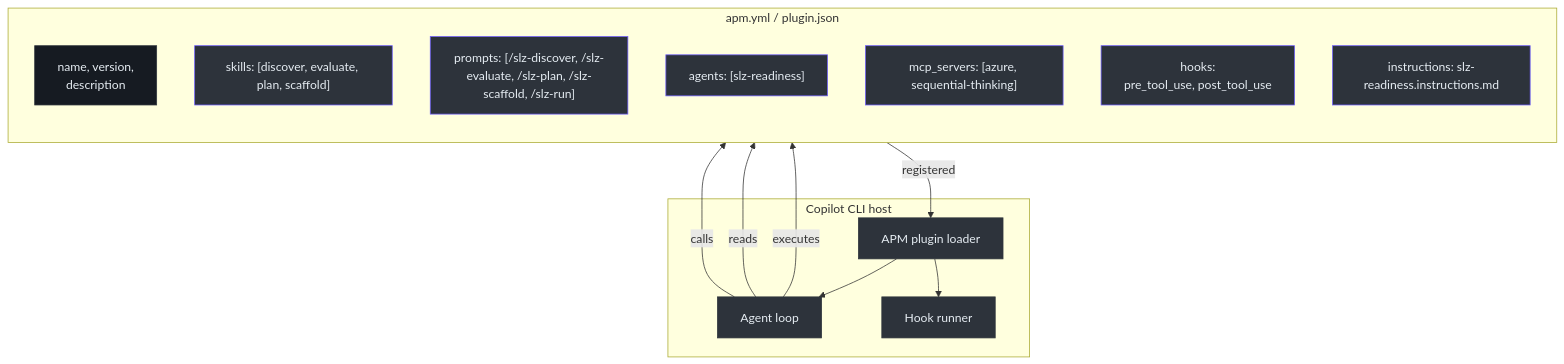
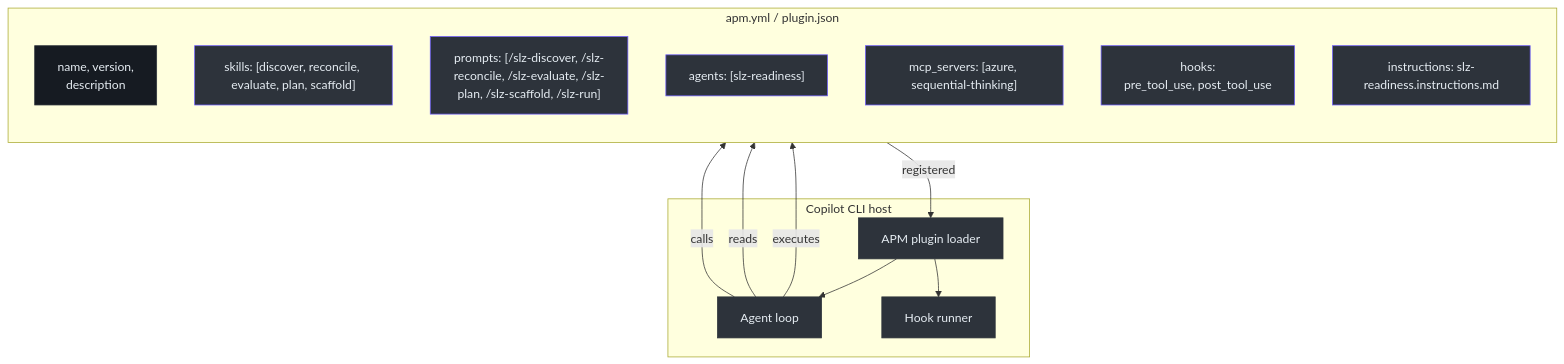
One commit to msucharda/slz-readiness changed the first of 2 diagrams in wiki/docs/deep-dive/plugin-mechanics.md. Above: the diagram before and after it, drawn with Mermaid. The commit also changed other lines of this file and 39 other files, not shown here.

````diff
--- a/wiki/docs/deep-dive/plugin-mechanics.md
+++ b/wiki/docs/deep-dive/plugin-mechanics.md
@@ -17,31 +17,31 @@
 ```mermaid
 flowchart TB
     subgraph Copilot["Copilot CLI host"]
         Loader["APM plugin loader"]:::host
         Agent["Agent loop"]:::host
         HookRunner["Hook runner"]:::host
     end
 
     subgraph Apm["apm.yml / plugin.json"]
         direction TB
         Meta["name, version,<br>description"]:::meta
-        Skills["skills: [discover, evaluate, plan, scaffold]"]:::reg
-        Prompts["prompts: [/slz-discover, /slz-evaluate, /slz-plan, /slz-scaffold, /slz-run]"]:::reg
+        Skills["skills: [discover, reconcile, evaluate, plan, scaffold]"]:::reg
+        Prompts["prompts: [/slz-discover, /slz-reconcile, /slz-evaluate, /slz-plan, /slz-scaffold, /slz-run]"]:::reg
         Agents["agents: [slz-readiness]"]:::reg
         Mcp["mcp_servers: [azure, sequential-thinking]"]:::reg
         HooksReg["hooks:<br>pre_tool_use, post_tool_use"]:::reg
         Instr["instructions: slz-readiness.instructions.md"]:::reg
     end
 
     Apm -- "registered" --> Loader
     Loader --> Agent
     Loader --> HookRunner
 
     Agent -- "executes" --> Skills
     Agent -- "reads" --> Instr
     Agent -- "calls" --> Mcp
 
     classDef host fill:#2d333b,stroke:#30363d,color:#e6edf3;
     classDef meta fill:#161b22,stroke:#30363d,color:#e6edf3;
     classDef reg fill:#2d333b,stroke:#6d5dfc,color:#e6edf3;
 ```
````
